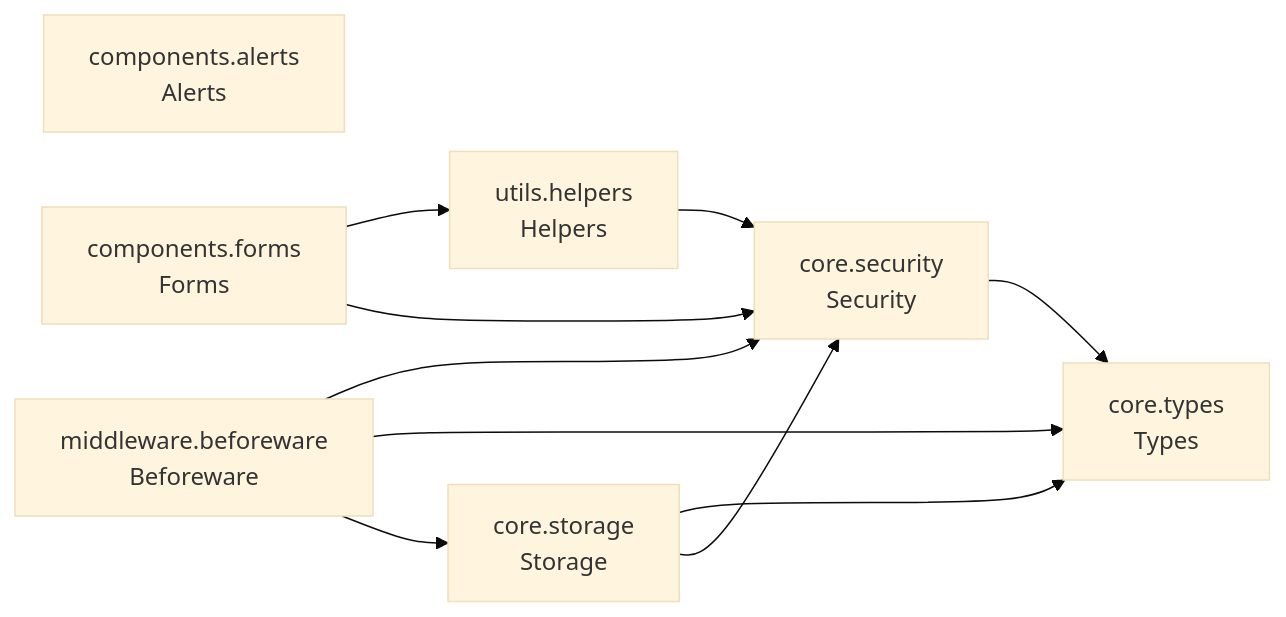
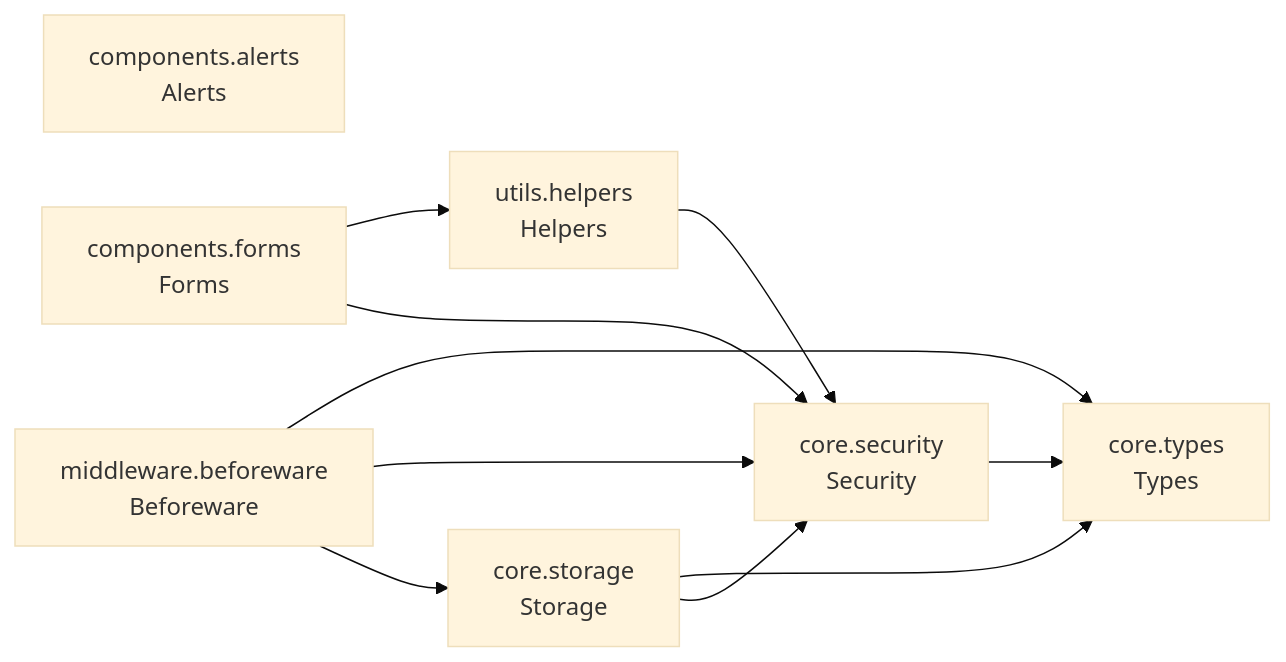
Before and after one commit to cj-mills/cjm-fasthtml-byok: the diagram in README.md, drawn with Mermaid (base theme). The commit also changed other lines of this file and 4 other files, not shown here.

````diff
--- a/README.md
+++ b/README.md
@@ -31,20 +31,20 @@
 ``` mermaid
 graph LR
     components_alerts[components.alerts<br/>Alerts]
     components_forms[components.forms<br/>Forms]
     core_security[core.security<br/>Security]
     core_storage[core.storage<br/>Storage]
     core_types[core.types<br/>Types]
     middleware_beforeware[middleware.beforeware<br/>Beforeware]
     utils_helpers[utils.helpers<br/>Helpers]
 
     components_forms --> utils_helpers
     components_forms --> core_security
     core_security --> core_types
     core_storage --> core_types
     core_storage --> core_security
+    middleware_beforeware --> core_types
     middleware_beforeware --> core_security
-    middleware_beforeware --> core_types
     middleware_beforeware --> core_storage
     utils_helpers --> core_security
 ```
````
